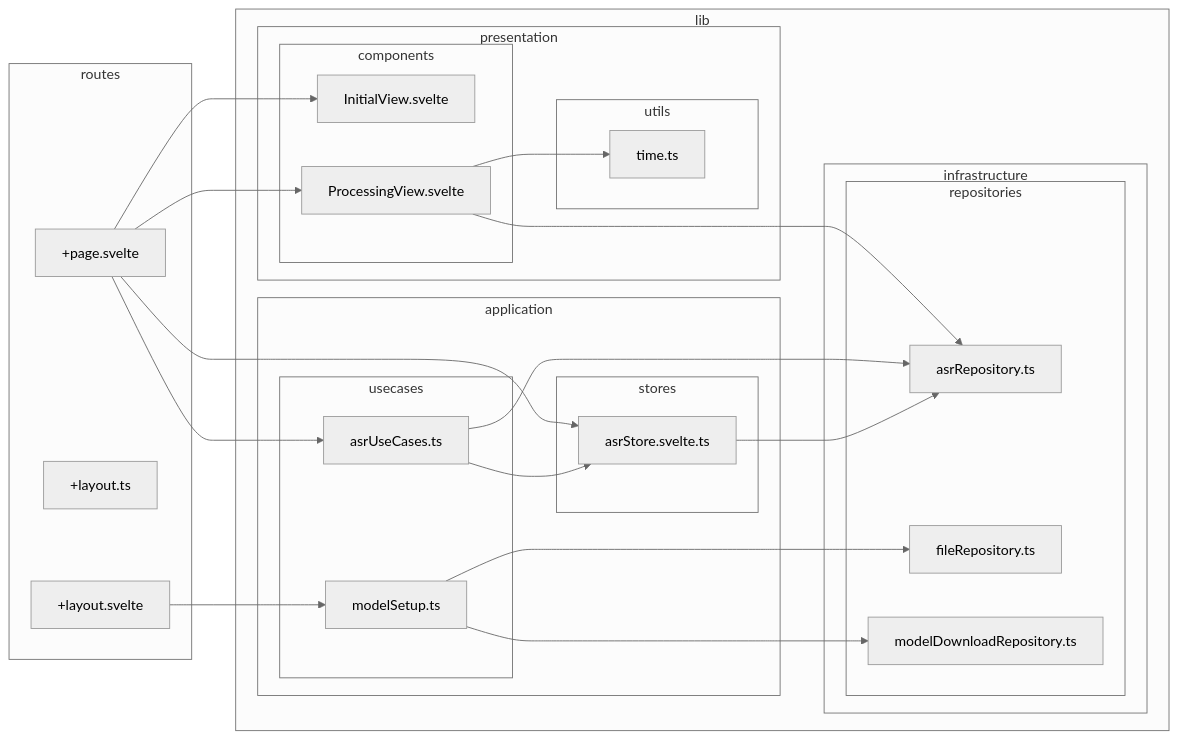
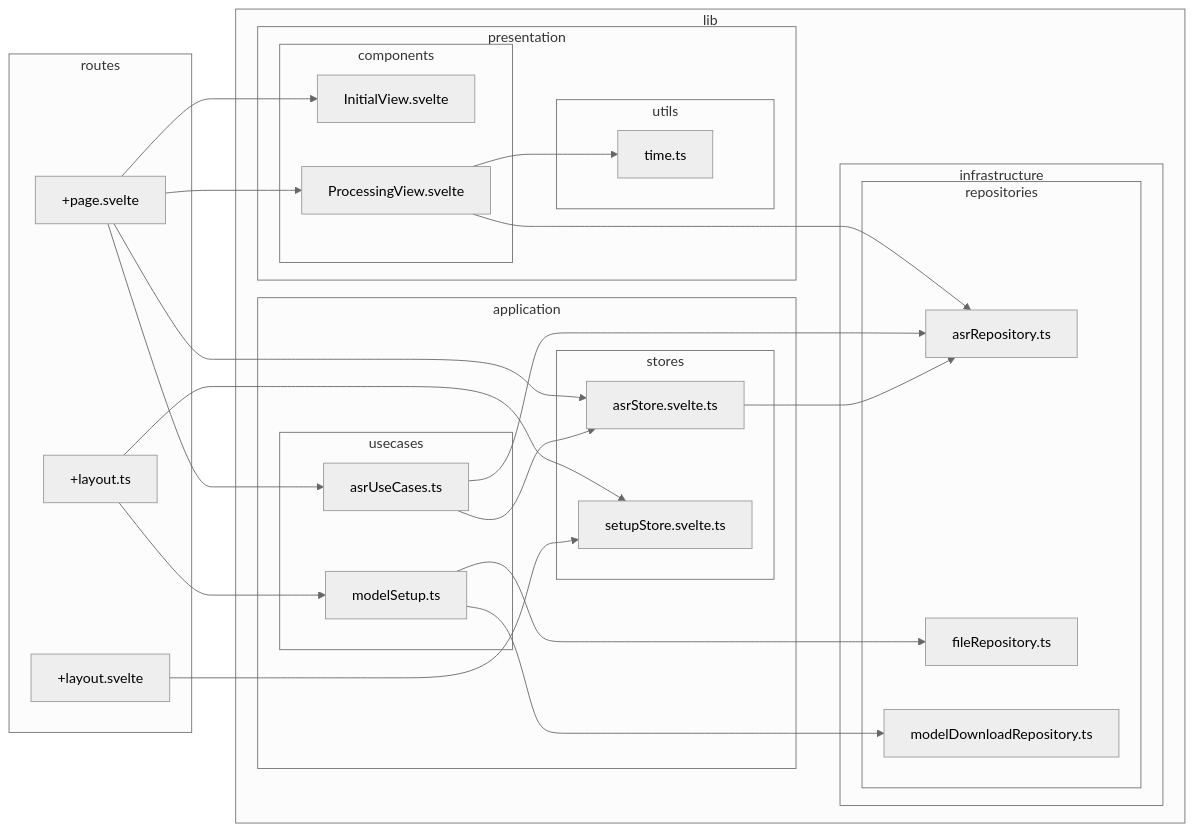
One commit to k5n/kotonoha-asr changed the diagram in doc/dependency-graph.md. Above: the diagram before and after it, drawn with Mermaid (neutral theme). The commit also changed 10 other files, not shown here.

````diff
--- a/doc/dependency-graph.md
+++ b/doc/dependency-graph.md
@@ -5,47 +5,50 @@
 ```mermaid
 graph LR
         subgraph "lib"
             subgraph "application"
                 subgraph "stores"
                     src_lib_application_stores_asrStore_svelte_ts["asrStore.svelte.ts"]
+                    src_lib_application_stores_setupStore_svelte_ts["setupStore.svelte.ts"]
                 end
                 subgraph "usecases"
                     src_lib_application_usecases_asrUseCases_ts["asrUseCases.ts"]
                     src_lib_application_usecases_modelSetup_ts["modelSetup.ts"]
                 end
             end
             subgraph "infrastructure"
                 subgraph "repositories"
                     src_lib_infrastructure_repositories_asrRepository_ts["asrRepository.ts"]
                     src_lib_infrastructure_repositories_fileRepository_ts["fileRepository.ts"]
                     src_lib_infrastructure_repositories_modelDownloadRepository_ts["modelDownloadRepository.ts"]
                 end
             end
             subgraph "presentation"
                 subgraph "components"
                     src_lib_presentation_components_InitialView_svelte["InitialView.svelte"]
                     src_lib_presentation_components_ProcessingView_svelte["ProcessingView.svelte"]
                 end
                 subgraph "utils"
                     src_lib_presentation_utils_time_ts["time.ts"]
                 end
             end
         end
         subgraph "routes"
             src_routes__layout_svelte["+layout.svelte"]
             src_routes__layout_ts["+layout.ts"]
             src_routes__page_svelte["+page.svelte"]
         end
 src_lib_application_stores_asrStore_svelte_ts --> src_lib_infrastructure_repositories_asrRepository_ts
 src_lib_application_usecases_asrUseCases_ts --> src_lib_application_stores_asrStore_svelte_ts
 src_lib_application_usecases_asrUseCases_ts --> src_lib_infrastructure_repositories_asrRepository_ts
 src_lib_application_usecases_modelSetup_ts --> src_lib_infrastructure_repositories_fileRepository_ts
 src_lib_application_usecases_modelSetup_ts --> src_lib_infrastructure_repositories_modelDownloadRepository_ts
 src_lib_presentation_components_ProcessingView_svelte --> src_lib_infrastructure_repositories_asrRepository_ts
 src_lib_presentation_components_ProcessingView_svelte --> src_lib_presentation_utils_time_ts
-src_routes__layout_svelte --> src_lib_application_usecases_modelSetup_ts
+src_routes__layout_svelte --> src_lib_application_stores_setupStore_svelte_ts
+src_routes__layout_ts --> src_lib_application_stores_setupStore_svelte_ts
+src_routes__layout_ts --> src_lib_application_usecases_modelSetup_ts
 src_routes__page_svelte --> src_lib_application_stores_asrStore_svelte_ts
 src_routes__page_svelte --> src_lib_application_usecases_asrUseCases_ts
 src_routes__page_svelte --> src_lib_presentation_components_InitialView_svelte
 src_routes__page_svelte --> src_lib_presentation_components_ProcessingView_svelte
 ```
````
